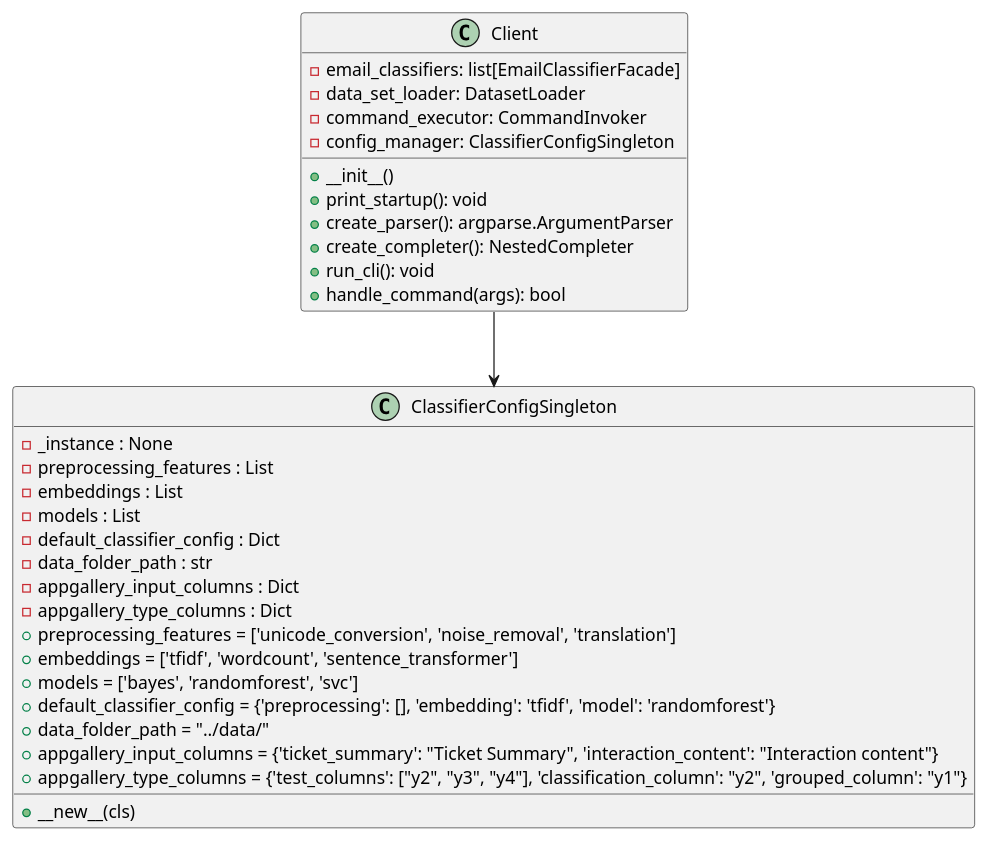
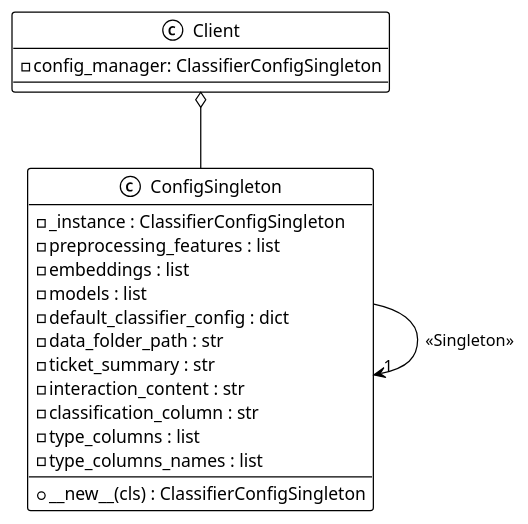
Before and after one commit to chrnas/email-classifier: the diagram in uml/singelton_pattern.wsd, drawn with PlantUML. The commit also changed 24 other files, not shown here.

```diff
--- a/uml/singelton_pattern.wsd
+++ b/uml/singelton_pattern.wsd
@@ -1,37 +1,28 @@
 @startuml
+!theme mono
 
-class ClassifierConfigSingleton {
-    - _instance : None
-    - preprocessing_features : List
-    - embeddings : List
-    - models : List
-    - default_classifier_config : Dict
+class ConfigSingleton {
+    - _instance : ClassifierConfigSingleton
+    - preprocessing_features : list
+    - embeddings : list
+    - models : list
+    - default_classifier_config : dict
     - data_folder_path : str
-    - appgallery_input_columns : Dict
-    - appgallery_type_columns : Dict
-    + __new__(cls)
-    + preprocessing_features = ['unicode_conversion', 'noise_removal', 'translation']
-    + embeddings = ['tfidf', 'wordcount', 'sentence_transformer']
-    + models = ['bayes', 'randomforest', 'svc']
-    + default_classifier_config = {'preprocessing': [], 'embedding': 'tfidf', 'model': 'randomforest'}
-    + data_folder_path = "../data/"
-    + appgallery_input_columns = {'ticket_summary': "Ticket Summary", 'interaction_content': "Interaction content"}
-    + appgallery_type_columns = {'test_columns': ["y2", "y3", "y4"], 'classification_column': "y2", 'grouped_column': "y1"}
+    - ticket_summary : str
+    - interaction_content : str
+    - classification_column : str
+    - type_columns : list
+    - type_columns_names : list
+
+    + __new__(cls) : ClassifierConfigSingleton
 }
 
+
 class Client {
-    - email_classifiers: list[EmailClassifierFacade]
-    - data_set_loader: DatasetLoader
-    - command_executor: CommandInvoker
-    + __init__()
-    + print_startup(): void
-    + create_parser(): argparse.ArgumentParser
-    + create_completer(): NestedCompleter
-    + run_cli(): void
-    + handle_command(args): bool
     - config_manager: ClassifierConfigSingleton
 }
 
-Client --> ClassifierConfigSingleton
+Client o-- ConfigSingleton 
+ConfigSingleton  --> "1" ConfigSingleton  : <<Singleton>>
 
 @enduml
```
